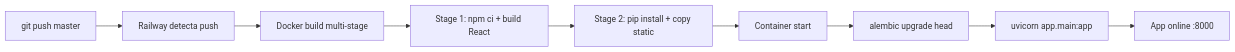
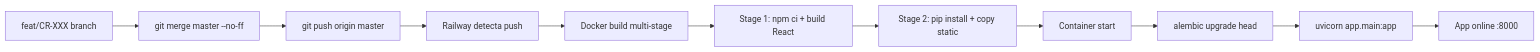
The third of 3 diagrams in docs/02-ARCHITECTURE.md (RafaelPeixoto01/meu-controle), drawn with Mermaid before and after one commit. The commit also changed other lines of this file and 17 other files, not shown here.

````diff
--- a/docs/02-ARCHITECTURE.md
+++ b/docs/02-ARCHITECTURE.md
@@ -689,11 +691,13 @@
 ```mermaid
 graph LR
-    A[git push master] --> B[Railway detecta push]
-    B --> C[Docker build multi-stage]
-    C --> D[Stage 1: npm ci + build React]
-    D --> E[Stage 2: pip install + copy static]
-    E --> F[Container start]
-    F --> G[alembic upgrade head]
-    G --> H[uvicorn app.main:app]
-    H --> I[App online :8000]
+    A[feat/CR-XXX branch] --> B[git merge master --no-ff]
+    B --> C[git push origin master]
+    C --> D[Railway detecta push]
+    D --> E[Docker build multi-stage]
+    E --> F[Stage 1: npm ci + build React]
+    F --> G[Stage 2: pip install + copy static]
+    G --> H[Container start]
+    H --> I[alembic upgrade head]
+    I --> J[uvicorn app.main:app]
+    J --> K[App online :8000]
 ```
````
